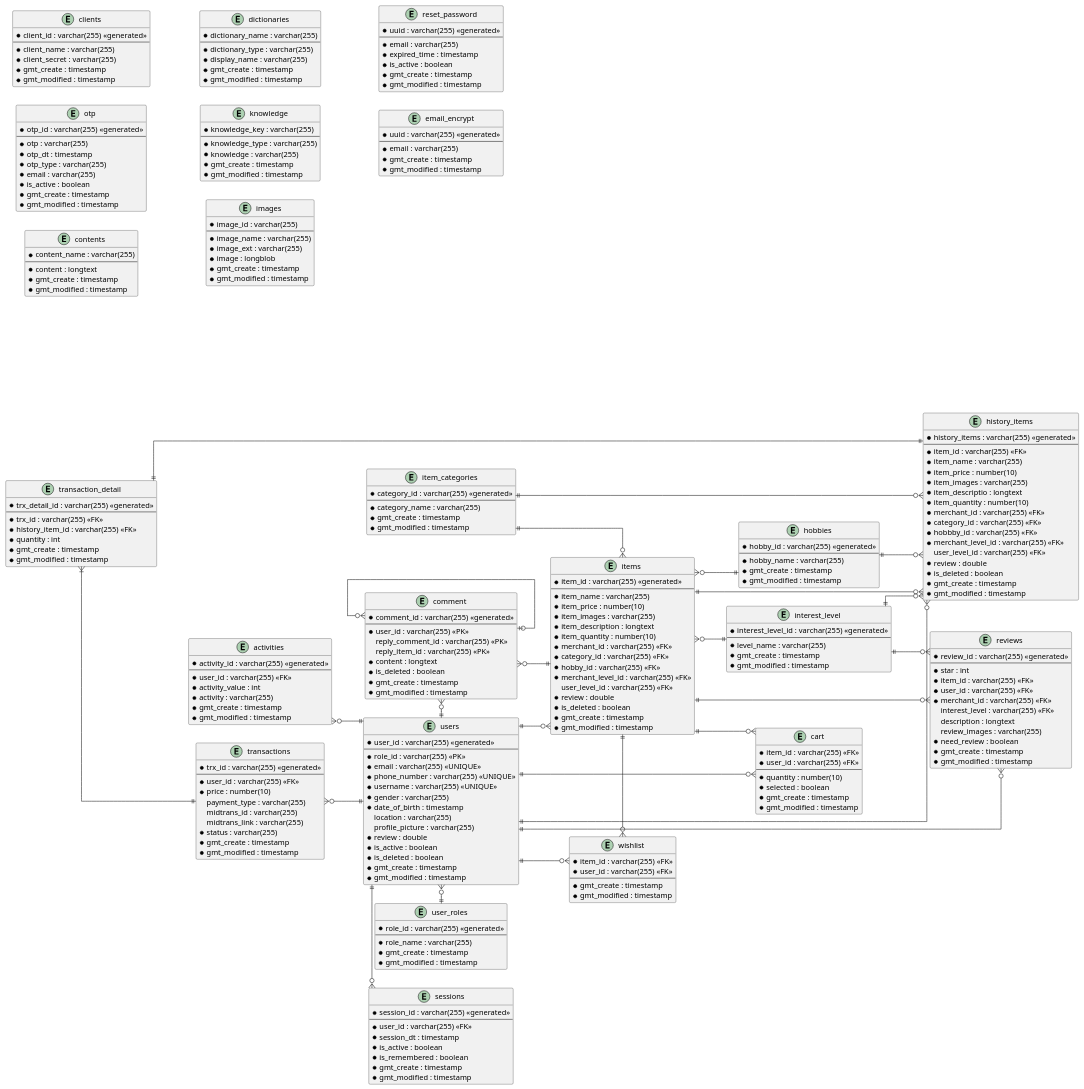
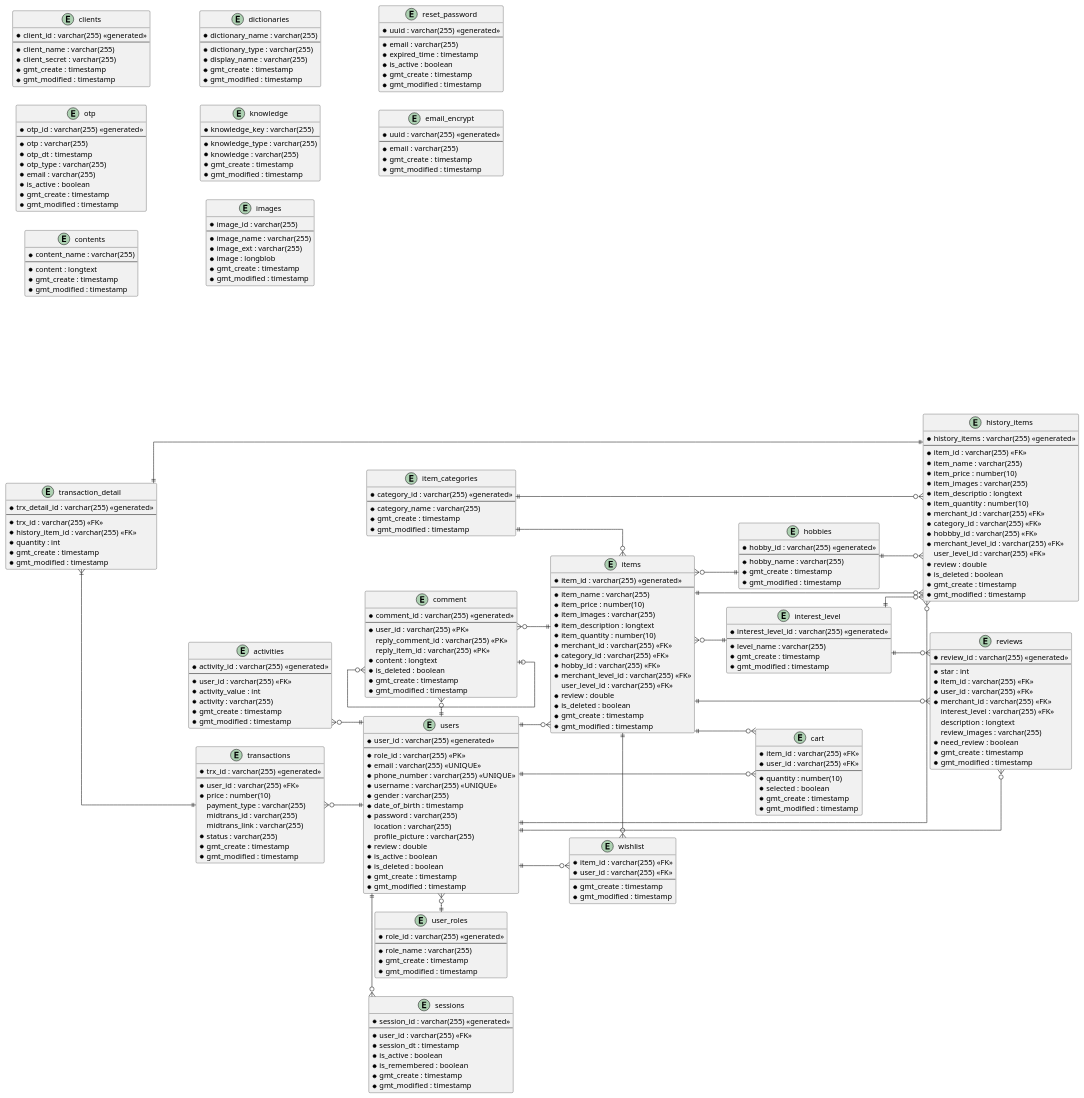
One commit to aldihsuhandi/skripsi-2023 changed the diagram in uml diagram/erd.pu. Above: the diagram before and after it, drawn with PlantUML. The commit also changed 1 other file, not shown here.

Commit message:
fix missing field in erd

```diff
--- a/uml diagram/erd.pu
+++ b/uml diagram/erd.pu
@@ -44,6 +44,7 @@
     * username : varchar(255) <<UNIQUE>>
     * gender : varchar(255)
     * date_of_birth : timestamp
+    * password : varchar(255)
       location : varchar(255)
       profile_picture : varchar(255)
     * review : double
```
